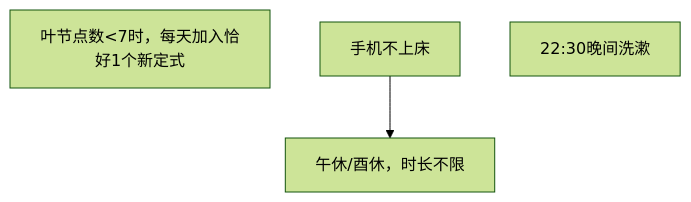
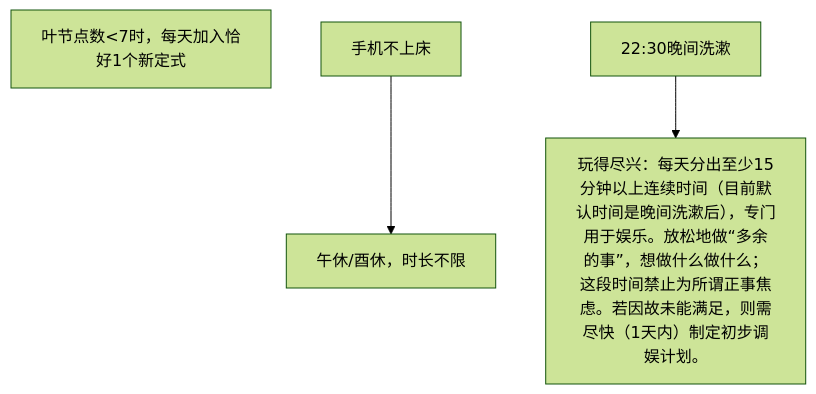
One commit to Ethkuil/RSIP-tree changed the diagram in README.md. Above: the diagram before and after it, drawn with Mermaid (forest theme).

Commit message:
insert #4: 玩得尽兴

````diff
--- a/README.md
+++ b/README.md
@@ -7,8 +7,9 @@
 ```mermaid
 graph TD
 
 0[叶节点数<7时，每天加入恰好1个新定式]
 1[手机不上床]
 1 --> 2[午休/酉休，时长不限]
 3[22:30晚间洗漱]
+3 --> 4[玩得尽兴：每天分出至少15分钟以上连续时间（目前默认时间是晚间洗漱后），专门用于娱乐。放松地做“多余的事”，想做什么做什么；这段时间禁止为所谓正事焦虑。若因故未能满足，则需尽快（1天内）制定初步调娱计划。]
 ```
````
